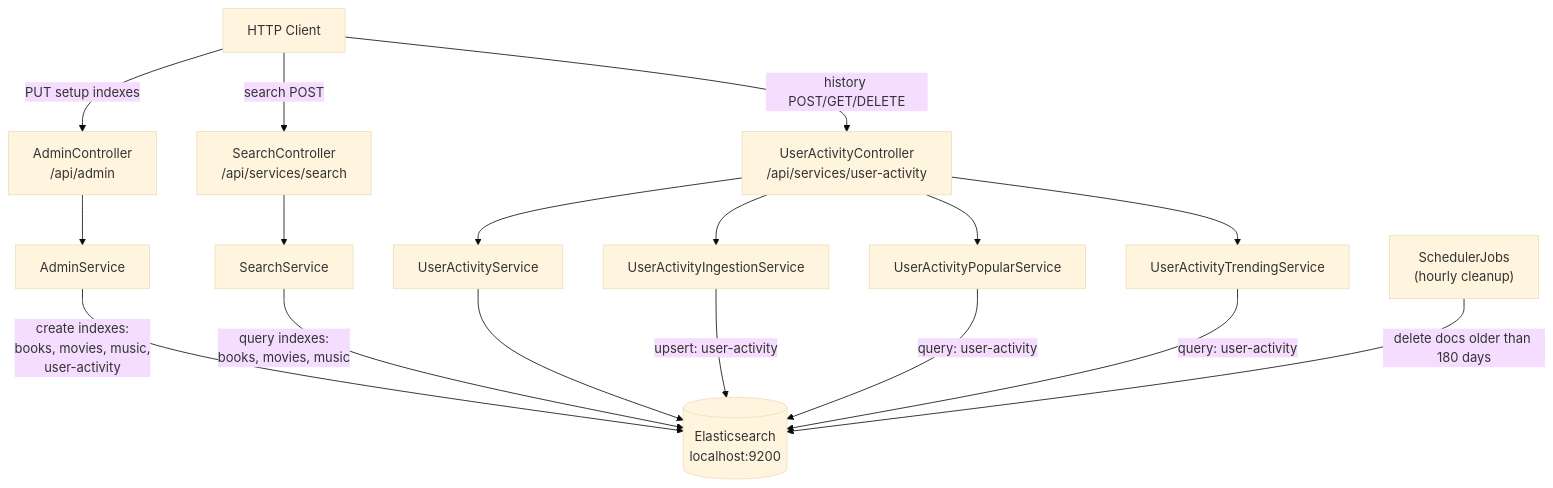
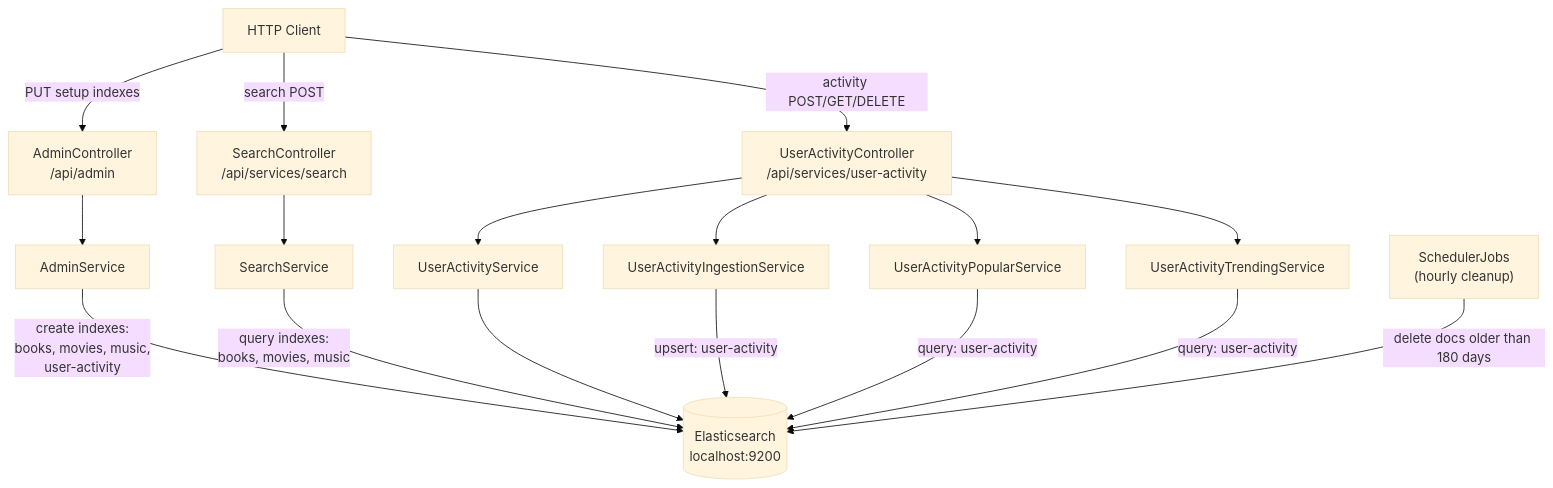
One commit to islonik/JavaCraft changed the first of 2 diagrams in elastic/README.md. Above: the diagram before and after it, drawn with Mermaid (base theme). The commit also changed other lines of this file and 20 other files, not shown here.

Commit message:
elastic fixes - rename history -> activity in methods, comments, tests, names, so on

````diff
--- a/elastic/README.md
+++ b/elastic/README.md
@@ -48,32 +48,32 @@
 ```mermaid
 flowchart TD
     Client["HTTP Client"]
     AC["AdminController\n/api/admin"]
     SC["SearchController\n/api/services/search"]
     UHC["UserActivityController\n/api/services/user-activity"]
     AS["AdminService"]
     SS["SearchService"]
     UHS["UserActivityService"]
     UHIS["UserActivityIngestionService"]
     UHPS["UserActivityPopularService"]
     UHTS["UserActivityTrendingService"]
     SCHED["SchedulerJobs\n(hourly cleanup)"]
     ES[("Elasticsearch\nlocalhost:9200")]
 
     Client -->|PUT setup indexes| AC
     Client -->|search POST| SC
-    Client -->|history POST/GET/DELETE| UHC
+    Client -->|activity POST/GET/DELETE| UHC
     AC --> AS
     SC --> SS
     UHC --> UHS
     UHC --> UHIS
     UHC --> UHPS
     UHC --> UHTS
     AS -->|"create indexes:\nbooks, movies, music,\nuser-activity"| ES
     SS -->|"query indexes:\nbooks, movies, music"| ES
     UHS --> ES
     UHIS -->|"upsert: user-activity"| ES
     UHPS -->|"query: user-activity"| ES
     UHTS -->|"query: user-activity"| ES
     SCHED -->|delete docs older than 180 days| ES
 ```
````
